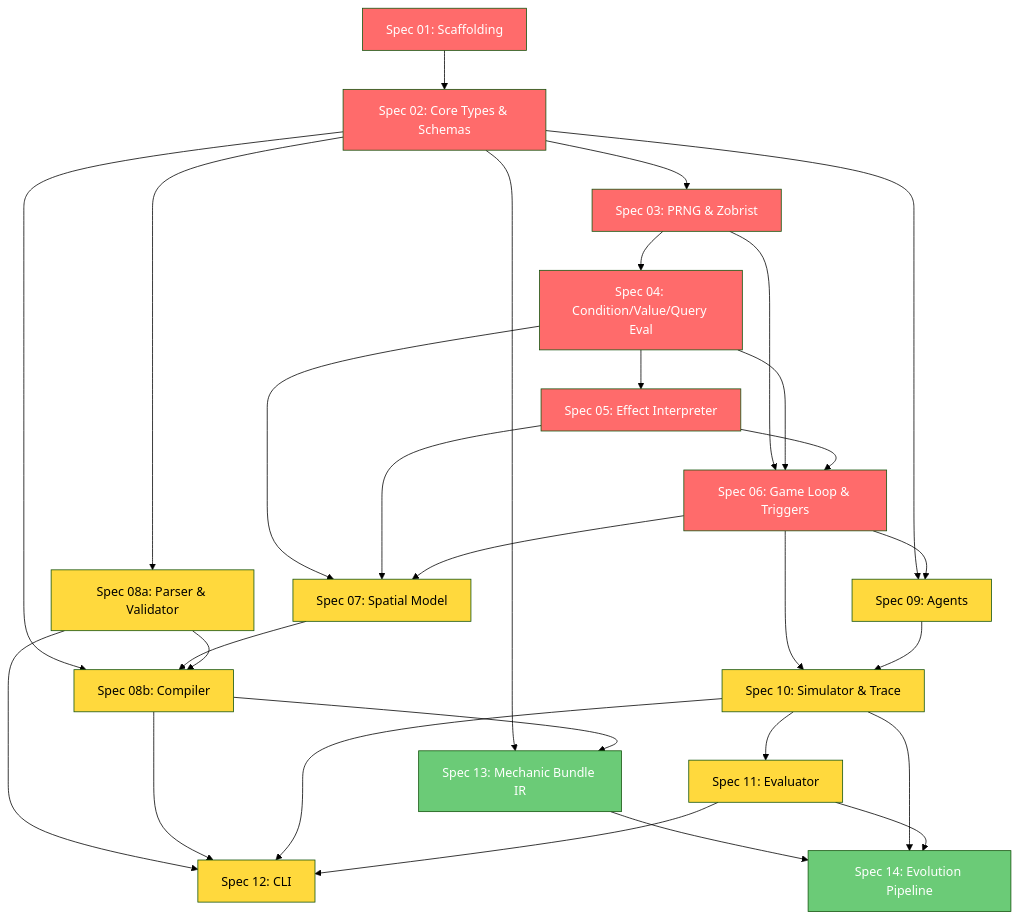
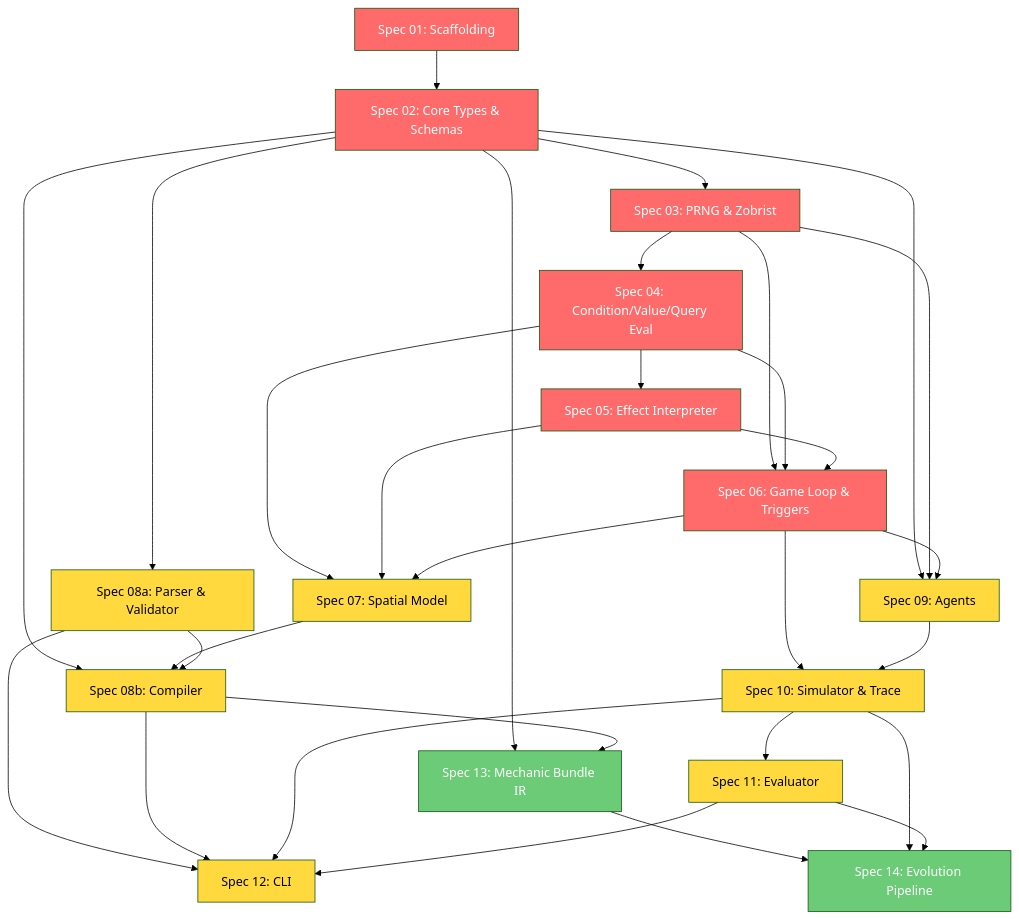
The diagram in specs/00-implementation-roadmap.md (joeloverbeck/ludoforge-llm), drawn with Mermaid (forest theme) before and after one commit. The commit also changed other lines of this file and 1 other file, not shown here.

````diff
--- a/specs/00-implementation-roadmap.md
+++ b/specs/00-implementation-roadmap.md
@@ -16,39 +16,40 @@
 ```mermaid
 graph TD
     S01[Spec 01: Scaffolding] --> S02[Spec 02: Core Types & Schemas]
     S02 --> S03[Spec 03: PRNG & Zobrist]
     S02 --> S08a[Spec 08a: Parser & Validator]
     S03 --> S04[Spec 04: Condition/Value/Query Eval]
     S04 --> S05[Spec 05: Effect Interpreter]
     S03 --> S06[Spec 06: Game Loop & Triggers]
     S04 --> S06
     S05 --> S06
     S04 --> S07[Spec 07: Spatial Model]
     S05 --> S07
     S06 --> S07
     S02 --> S08b[Spec 08b: Compiler]
     S07 --> S08b
     S08a --> S08b
     S02 --> S09[Spec 09: Agents]
+    S03 --> S09
     S06 --> S09
     S06 --> S10[Spec 10: Simulator & Trace]
     S09 --> S10
     S10 --> S11[Spec 11: Evaluator]
     S08a --> S12[Spec 12: CLI]
     S08b --> S12
     S10 --> S12
     S11 --> S12
     S02 --> S13[Spec 13: Mechanic Bundle IR]
     S08b --> S13
     S13 --> S14[Spec 14: Evolution Pipeline]
     S10 --> S14
     S11 --> S14
 
     classDef p0 fill:#ff6b6b,color:#fff
     classDef p1 fill:#ffd93d,color:#000
     classDef p2 fill:#6bcb77,color:#fff
 
     class S01,S02,S03,S04,S05,S06 p0
     class S07,S08a,S08b,S09,S10,S11,S12 p1
     class S13,S14 p2
 ```
````
